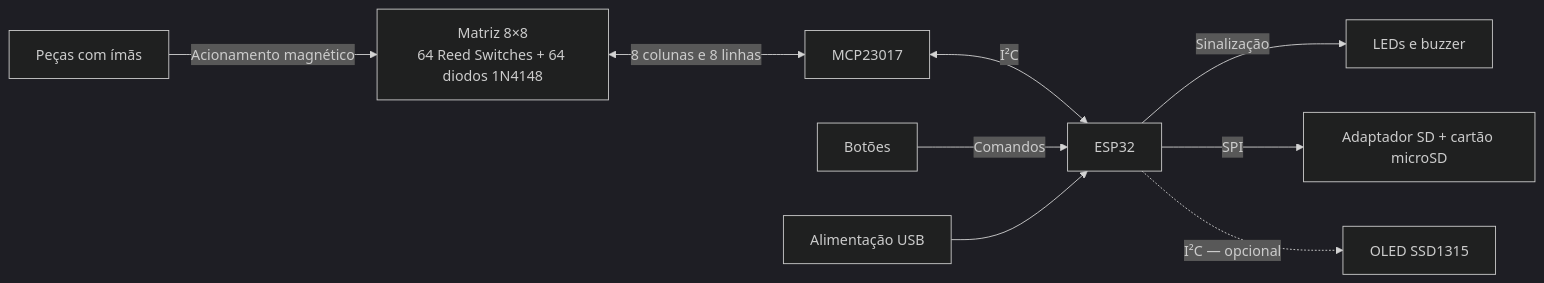
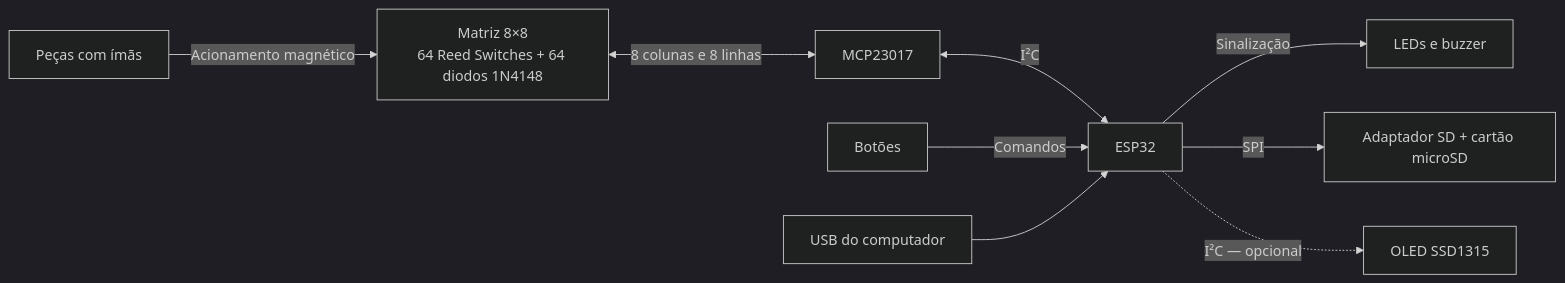
The diagram in docs/arquitetura.md (tadashinagashima/certificadora-dois), drawn with Mermaid (dark theme) before and after one commit. The commit also changed other lines of this file and 57 other files, not shown here.

````diff
--- a/docs/arquitetura.md
+++ b/docs/arquitetura.md
@@ -5,11 +5,11 @@
 ```mermaid
 flowchart LR
     P["Peças com ímãs"] -->|Acionamento magnético| M["Matriz 8×8<br/>64 Reed Switches + 64 diodos 1N4148"]
     M <-->|8 colunas e 8 linhas| X["MCP23017"]
     X <-->|I²C| E["ESP32"]
     B["Botões"] -->|Comandos| E
     E -->|Sinalização| S["LEDs e buzzer"]
     E -->|SPI| SD["Adaptador SD + cartão microSD"]
     E -.->|I²C — opcional| O["OLED SSD1315"]
-    U["Alimentação USB"] --> E
+    U["USB do computador"] --> E
 ```
````
